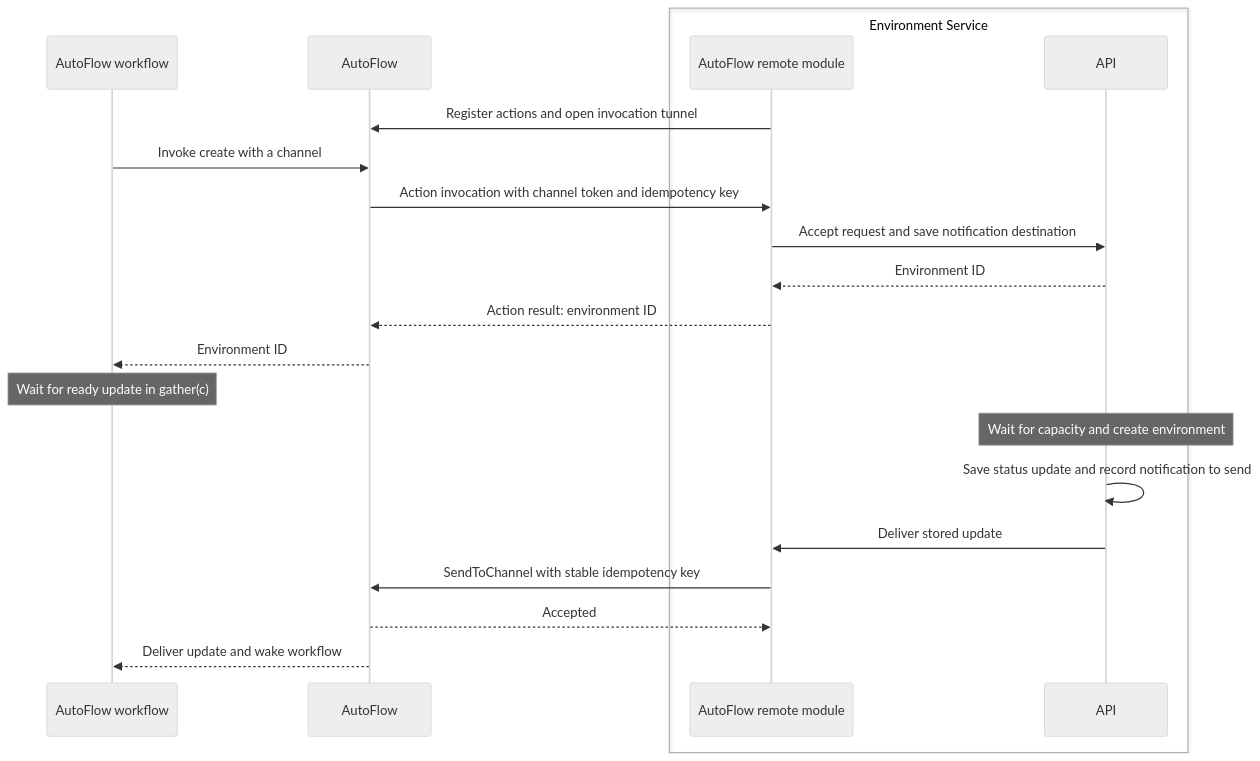
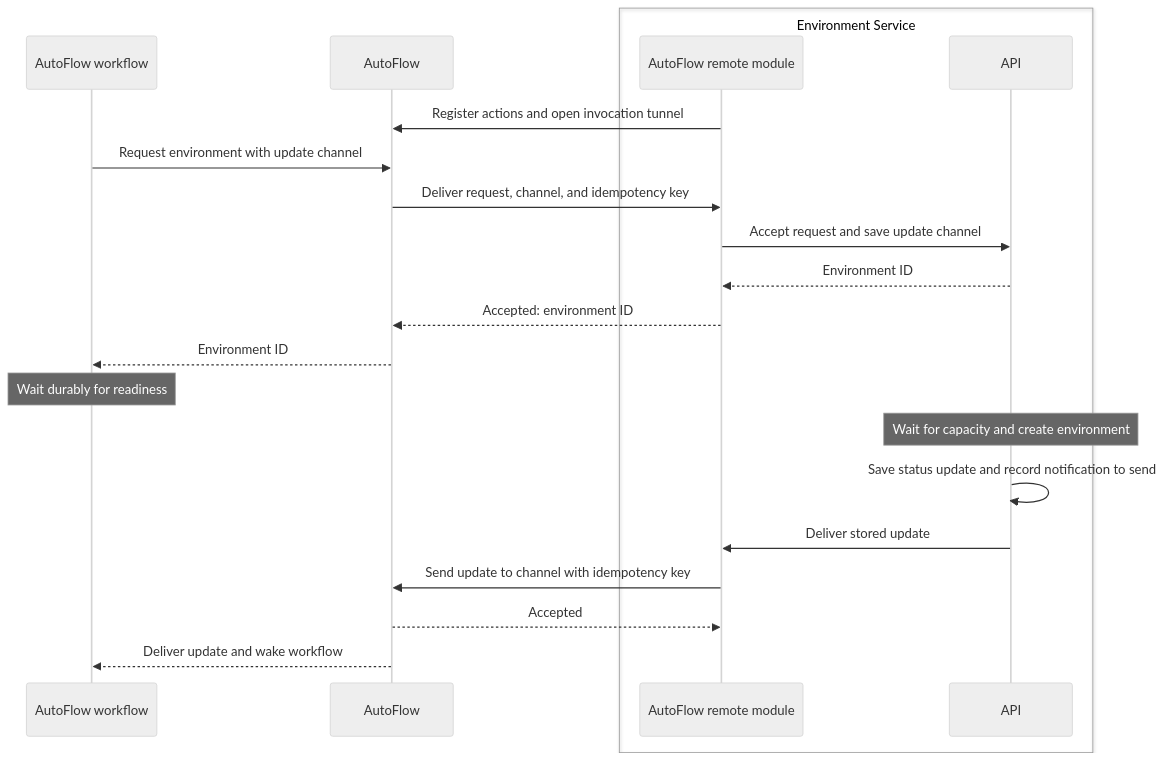
The fifth of 6 diagrams in content/handbook/engineering/architecture/design-documents/environment_service/_index.md (kyama0/gitlab-handbook-ja), drawn with Mermaid (neutral theme) before and after one commit. The commit also changed other lines of this file and 27 other files, not shown here.

````diff
--- a/content/handbook/engineering/architecture/design-documents/environment_service/_index.md
+++ b/content/handbook/engineering/architecture/design-documents/environment_service/_index.md
@@ -278,24 +278,24 @@
 ```mermaid
 sequenceDiagram
     participant Workflow as AutoFlow workflow
     participant AutoFlow
     box Environment Service
         participant Module as AutoFlow remote module
         participant API
     end
 
     Module->>AutoFlow: Register actions and open invocation tunnel
-    Workflow->>AutoFlow: Invoke create with a channel
-    AutoFlow->>Module: Action invocation with channel token and idempotency key
-    Module->>API: Accept request and save notification destination
+    Workflow->>AutoFlow: Request environment with update channel
+    AutoFlow->>Module: Deliver request, channel, and idempotency key
+    Module->>API: Accept request and save update channel
     API-->>Module: Environment ID
-    Module-->>AutoFlow: Action result: environment ID
+    Module-->>AutoFlow: Accepted: environment ID
     AutoFlow-->>Workflow: Environment ID
-    Note over Workflow: Wait for ready update in gather(c)
+    Note over Workflow: Wait durably for readiness
     Note over API: Wait for capacity and create environment
     API->>API: Save status update and record notification to send
     API->>Module: Deliver stored update
-    Module->>AutoFlow: SendToChannel with stable idempotency key
+    Module->>AutoFlow: Send update to channel with idempotency key
     AutoFlow-->>Module: Accepted
     AutoFlow-->>Workflow: Deliver update and wake workflow
 ```
````
